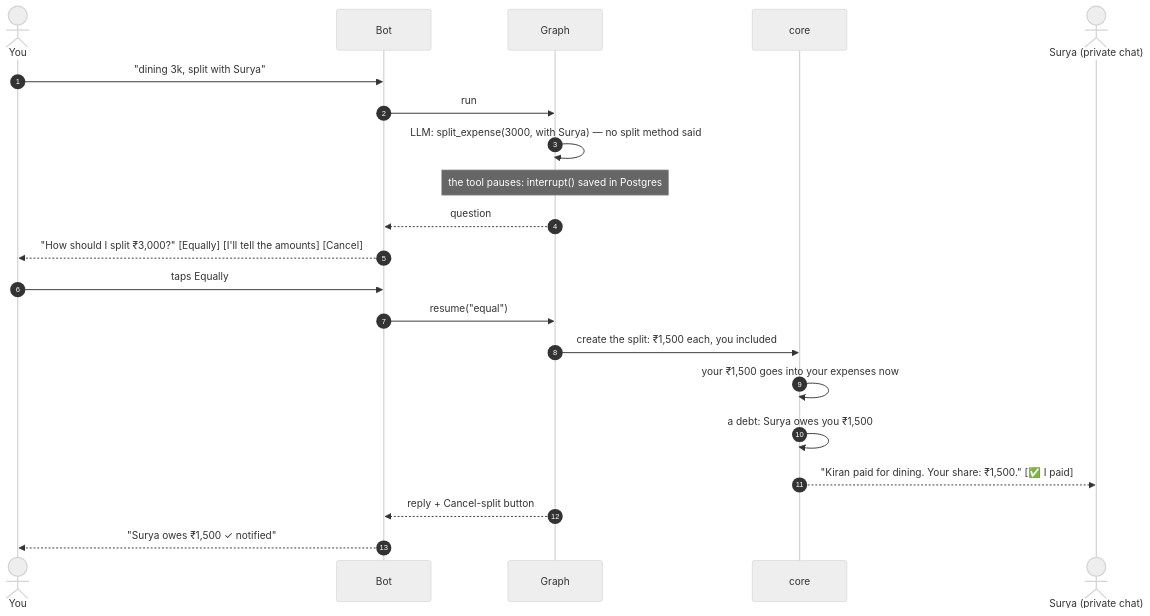
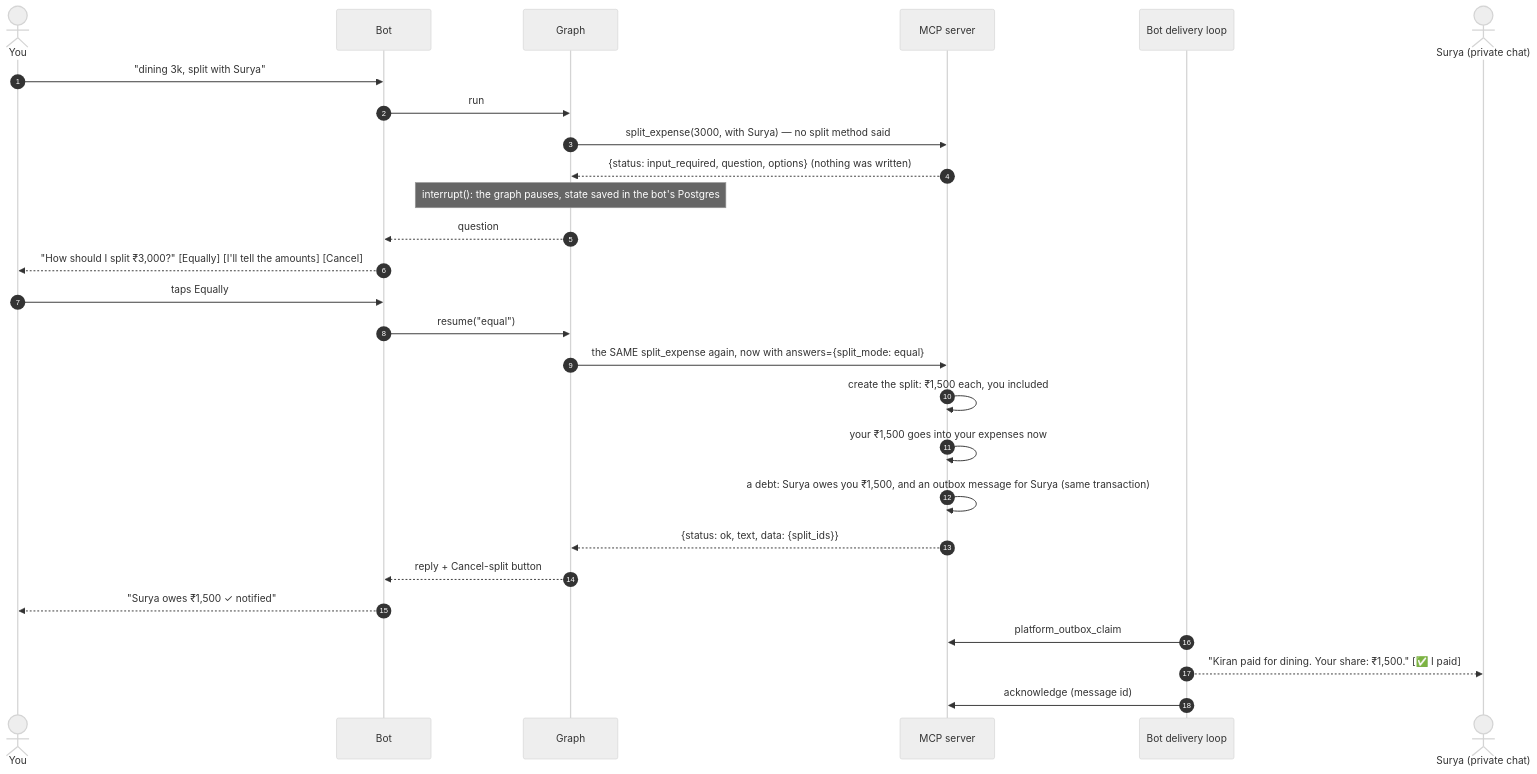
The third of 12 diagrams in docs/FLOWS.md (yeturu-surya-fission/Expense_Tracker), drawn with Mermaid (neutral theme) before and after one commit. The commit also changed other lines of this file and 132 other files, not shown here.

````diff
--- a/docs/FLOWS.md
+++ b/docs/FLOWS.md
@@ -76,24 +82,30 @@
 ```mermaid
 sequenceDiagram
     autonumber
     actor U as You
     participant B as Bot
     participant G as Graph
-    participant C as core
+    participant M as MCP server
+    participant O as Bot delivery loop
     actor F as Surya (private chat)
 
     U->>B: "dining 3k, split with Surya"
     B->>G: run
-    G->>G: LLM: split_expense(3000, with Surya) — no split method said
-    Note over G: the tool pauses: interrupt() saved in Postgres
+    G->>M: split_expense(3000, with Surya) — no split method said
+    M-->>G: {status: input_required, question, options}   (nothing was written)
+    Note over G: interrupt(): the graph pauses, state saved in the bot's Postgres
     G-->>B: question
     B-->>U: "How should I split ₹3,000?"  [Equally] [I'll tell the amounts] [Cancel]
     U->>B: taps Equally
     B->>G: resume("equal")
-    G->>C: create the split: ₹1,500 each, you included
-    C->>C: your ₹1,500 goes into your expenses now
-    C->>C: a debt: Surya owes you ₹1,500
-    C-->>F: "Kiran paid for dining. Your share: ₹1,500."  [✅ I paid]
+    G->>M: the SAME split_expense again, now with answers={split_mode: equal}
+    M->>M: create the split: ₹1,500 each, you included
+    M->>M: your ₹1,500 goes into your expenses now
+    M->>M: a debt: Surya owes you ₹1,500, and an outbox message for Surya (same transaction)
+    M-->>G: {status: ok, text, data: {split_ids}}
     G-->>B: reply + Cancel-split button
     B-->>U: "Surya owes ₹1,500 ✓ notified"
+    O->>M: platform_outbox_claim
+    O-->>F: "Kiran paid for dining. Your share: ₹1,500."  [✅ I paid]
+    O->>M: acknowledge (message id)
 ```
````
